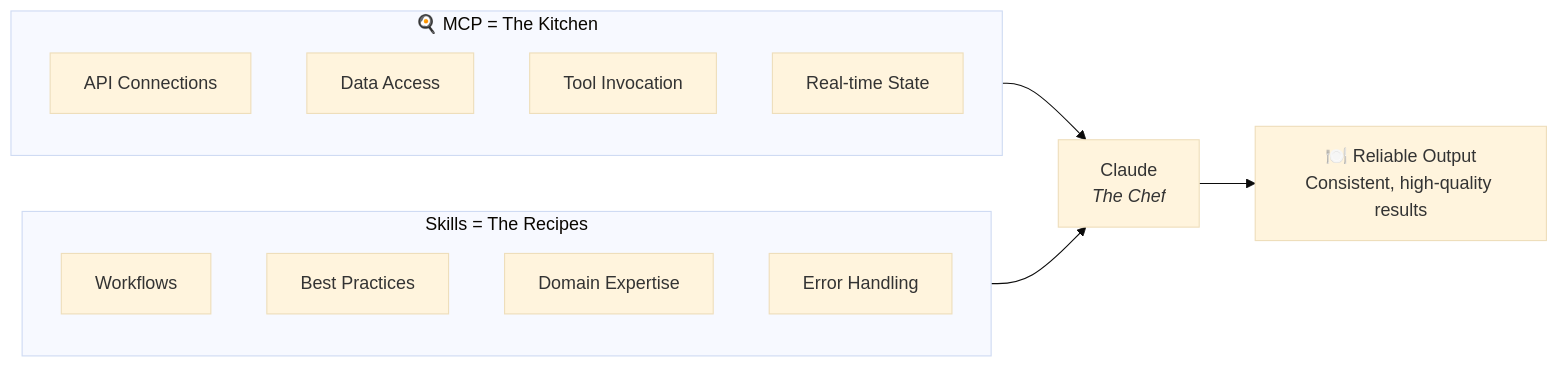
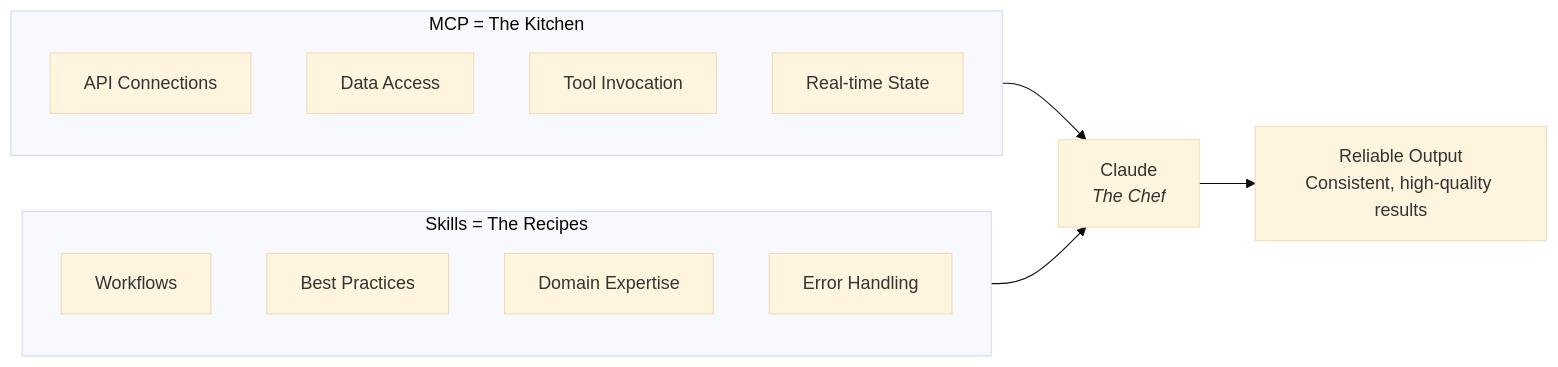
Diagram 15 of 23 in context-engineering-tech-talk.md (HipsterZipster/context-management-presentation), drawn with Mermaid (base theme) before and after one commit. The commit also changed other lines of this file and 50 other files, not shown here.

````diff
--- a/context-engineering-tech-talk.md
+++ b/context-engineering-tech-talk.md
@@ -244,24 +403,24 @@
 ```mermaid
 graph LR
-    subgraph Kitchen["🍳 MCP = The Kitchen"]
+    subgraph Kitchen["MCP = The Kitchen"]
         direction TB
         K1["API Connections"]
         K2["Data Access"]
         K3["Tool Invocation"]
         K4["Real-time State"]
     end
 
     subgraph Recipes["Skills = The Recipes"]
         direction TB
         R1["Workflows"]
         R2["Best Practices"]
         R3["Domain Expertise"]
         R4["Error Handling"]
     end
 
     Kitchen --> Chef["Claude<br/><i>The Chef</i>"]
     Recipes --> Chef
 
-    Chef --> Meal["🍽️ Reliable Output<br/>Consistent, high-quality results"]
+    Chef --> Meal["Reliable Output<br/>Consistent, high-quality results"]
 
 ```
````
